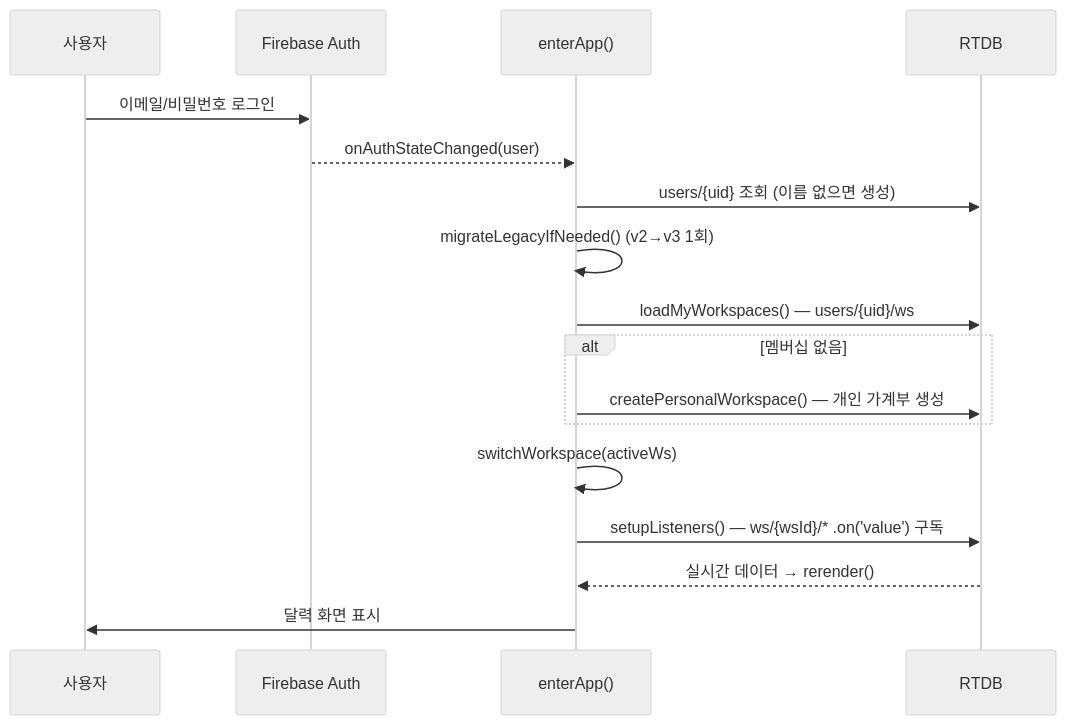
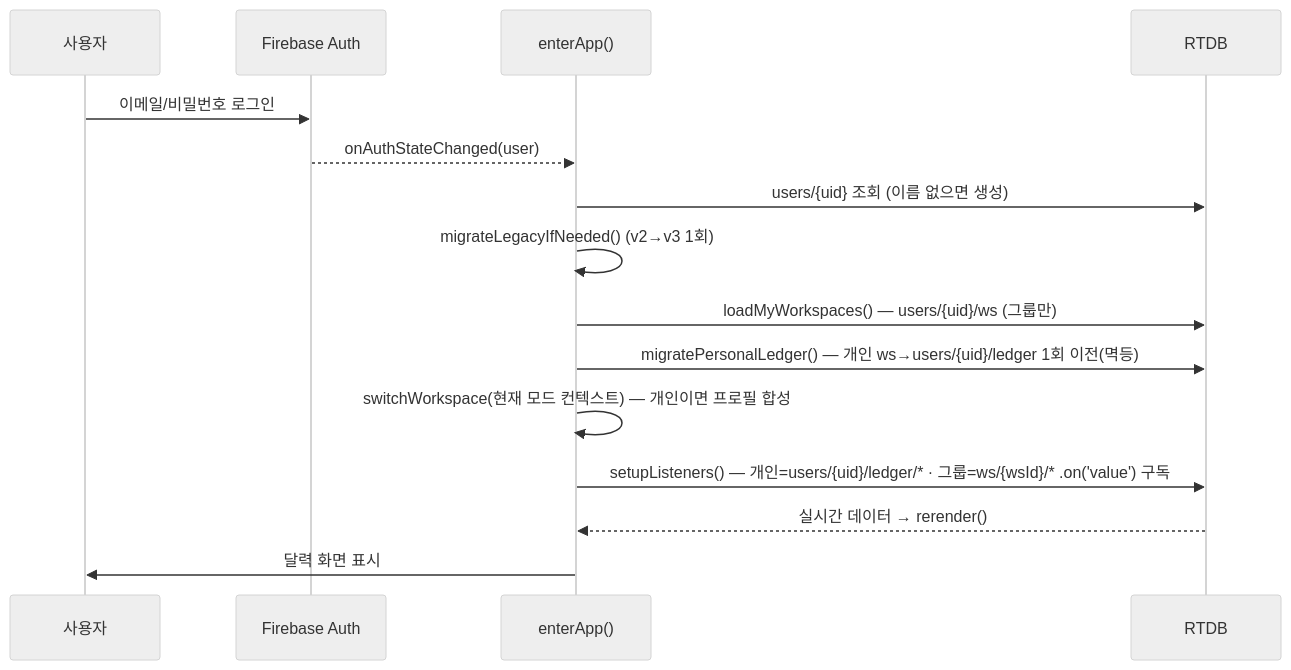
Before and after one commit to iambulb/accountbook: the third of 4 diagrams in docs/architecture.md, drawn with Mermaid (neutral theme). The commit also changed 8 other files, not shown here.

````diff
--- a/docs/architecture.md
+++ b/docs/architecture.md
@@ -71,20 +71,18 @@
 ```mermaid
 sequenceDiagram
     participant U as 사용자
     participant Auth as Firebase Auth
     participant App as enterApp()
     participant DB as RTDB
 
     U->>Auth: 이메일/비밀번호 로그인
     Auth-->>App: onAuthStateChanged(user)
     App->>DB: users/{uid} 조회 (이름 없으면 생성)
     App->>App: migrateLegacyIfNeeded() (v2→v3 1회)
-    App->>DB: loadMyWorkspaces() — users/{uid}/ws
-    alt 멤버십 없음
-        App->>DB: createPersonalWorkspace() — 개인 가계부 생성
-    end
-    App->>App: switchWorkspace(activeWs)
-    App->>DB: setupListeners() — ws/{wsId}/* .on('value') 구독
+    App->>DB: loadMyWorkspaces() — users/{uid}/ws (그룹만)
+    App->>DB: migratePersonalLedger() — 개인 ws→users/{uid}/ledger 1회 이전(멱등)
+    App->>App: switchWorkspace(현재 모드 컨텍스트) — 개인이면 프로필 합성
+    App->>DB: setupListeners() — 개인=users/{uid}/ledger/* · 그룹=ws/{wsId}/* .on('value') 구독
     DB-->>App: 실시간 데이터 → rerender()
     App->>U: 달력 화면 표시
 ```
````
